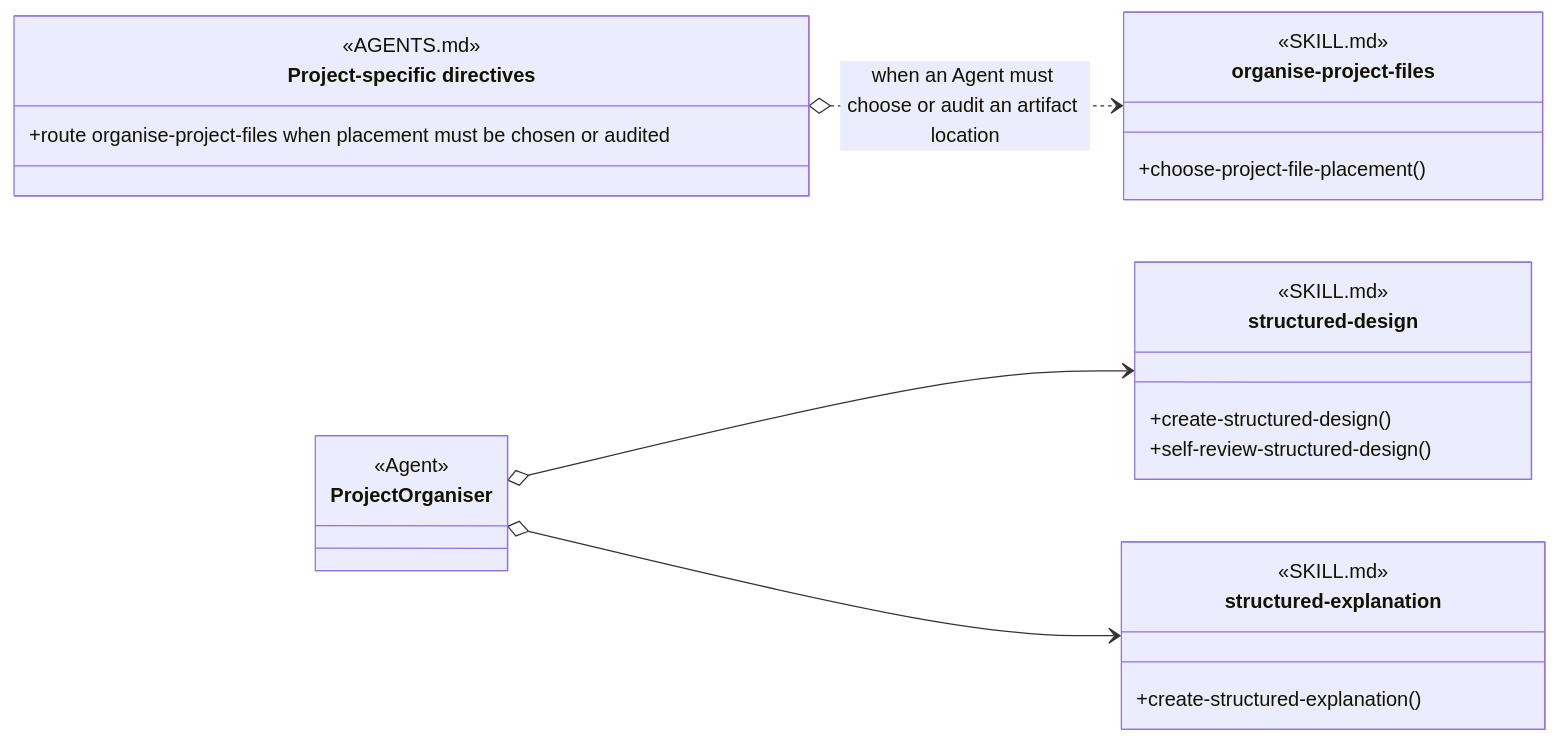
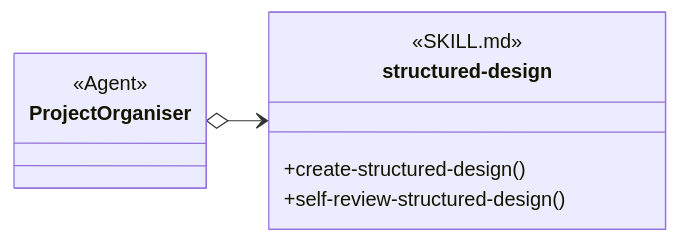
One commit to martinbechard/dev-methodology changed the third of 5 diagrams in design/agents/baseline-development.md. Above: the diagram before and after it, drawn with Mermaid. The commit also changed other lines of this file and 78 other files, not shown here.

````diff
--- a/design/agents/baseline-development.md
+++ b/design/agents/baseline-development.md
@@ -121,37 +123,17 @@
 ```mermaid
 classDiagram
     direction LR
-
-    class project-specific-directives["Project-specific directives"] {
-        <<AGENTS.md>>
-        <<routing>>
-        +route organise-project-files when placement must be chosen or audited
-    }
-
-    class organise-project-files {
-        <<SKILL.md>>
-        <<Agent Skill>>
-        +choose-project-file-placement()
-    }
 
     class structured-design {
         <<SKILL.md>>
         <<Agent Skill>>
         +create-structured-design()
         +self-review-structured-design()
     }
 
-    class structured-explanation {
-        <<SKILL.md>>
-        <<Agent Skill>>
-        +create-structured-explanation()
-    }
-
     class ProjectOrganiser {
         <<Agent>>
     }
 
-    project-specific-directives o..> organise-project-files : when an Agent must choose or audit an artifact location
     ProjectOrganiser o--> structured-design
-    ProjectOrganiser o--> structured-explanation
 ```
````
